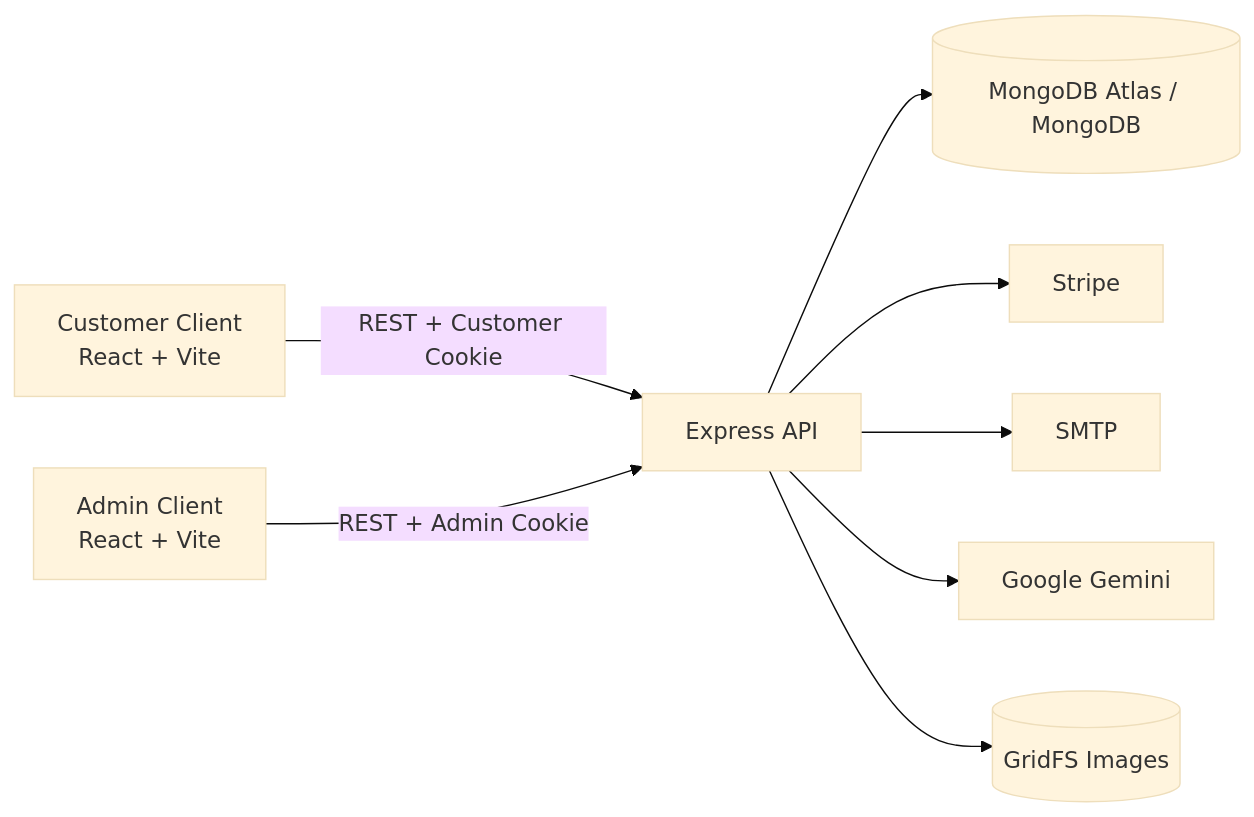
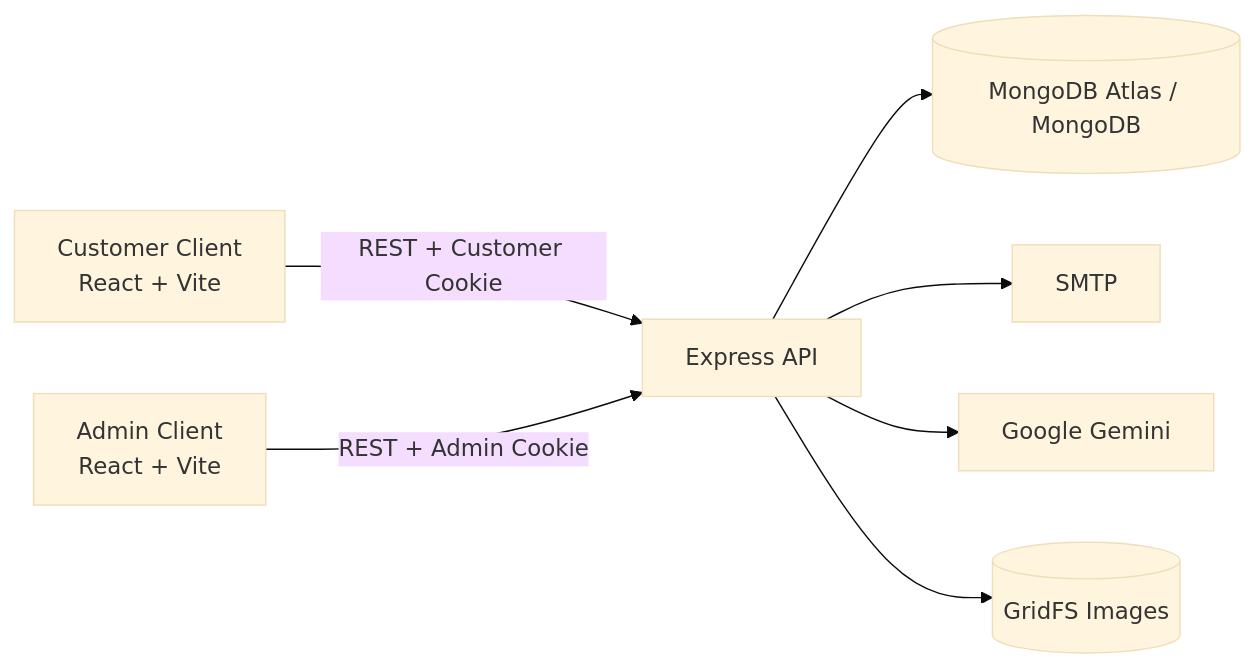
Before and after one commit to Bell914/jsd13-group3-HydraRanger: the first of 2 diagrams in docs/ARCHITECTURE.md, drawn with Mermaid (base theme). The commit also changed other lines of this file and 36 other files, not shown here.

````diff
--- a/docs/ARCHITECTURE.md
+++ b/docs/ARCHITECTURE.md
@@ -7,10 +7,9 @@
 ```mermaid
 flowchart LR
     Customer[Customer Client\nReact + Vite] -->|REST + Customer Cookie| API[Express API]
     Admin[Admin Client\nReact + Vite] -->|REST + Admin Cookie| API
     API --> Mongo[(MongoDB Atlas / MongoDB)]
-    API --> Stripe[Stripe]
     API --> SMTP[SMTP]
     API --> Gemini[Google Gemini]
     API --> GridFS[(GridFS Images)]
 ```
````
